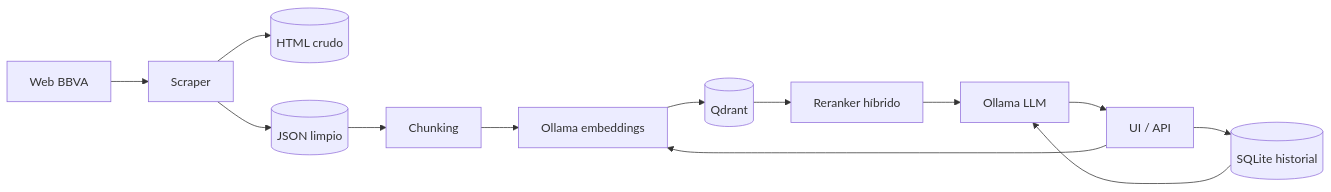
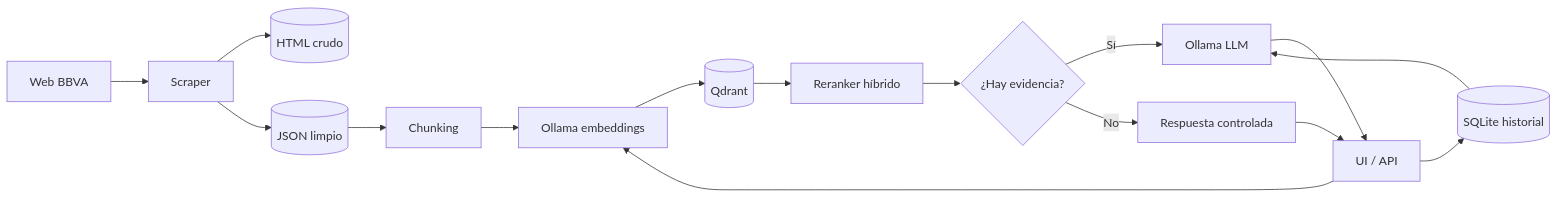
Before and after one commit to jofepe16/rag_web_scraping: the diagram in README.md, drawn with Mermaid. The commit also changed other lines of this file and 11 other files, not shown here.

````diff
--- a/README.md
+++ b/README.md
@@ -19,15 +19,18 @@
 ```mermaid
 flowchart LR
     W[Web BBVA] --> S[Scraper]
     S --> R[(HTML crudo)]
     S --> C[(JSON limpio)]
     C --> K[Chunking]
     K --> E[Ollama embeddings]
     E --> Q[(Qdrant)]
     U[UI / API] --> H[(SQLite historial)]
     U --> E
     Q --> RR[Reranker híbrido]
-    RR --> L[Ollama LLM]
+    RR --> V{¿Hay evidencia?}
+    V -->|Sí| L[Ollama LLM]
+    V -->|No| N[Respuesta controlada]
     H --> L
     L --> U
+    N --> U
 ```
````
